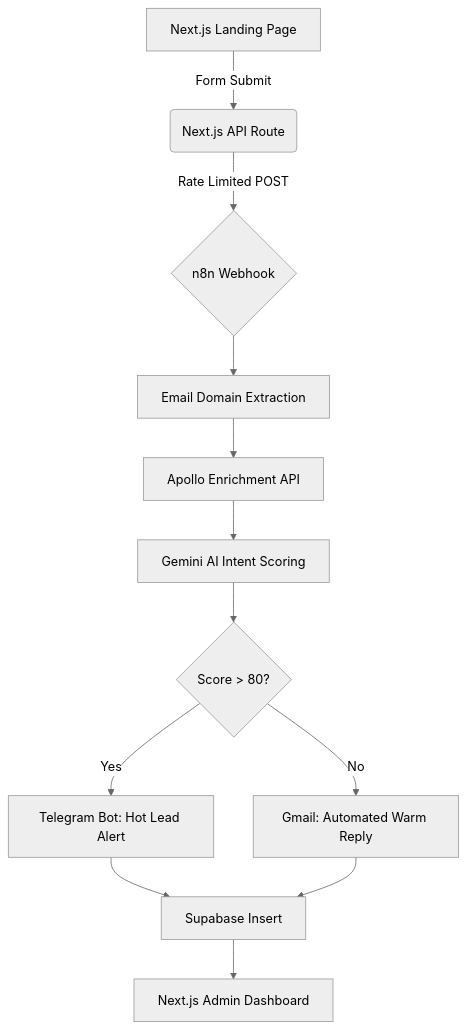
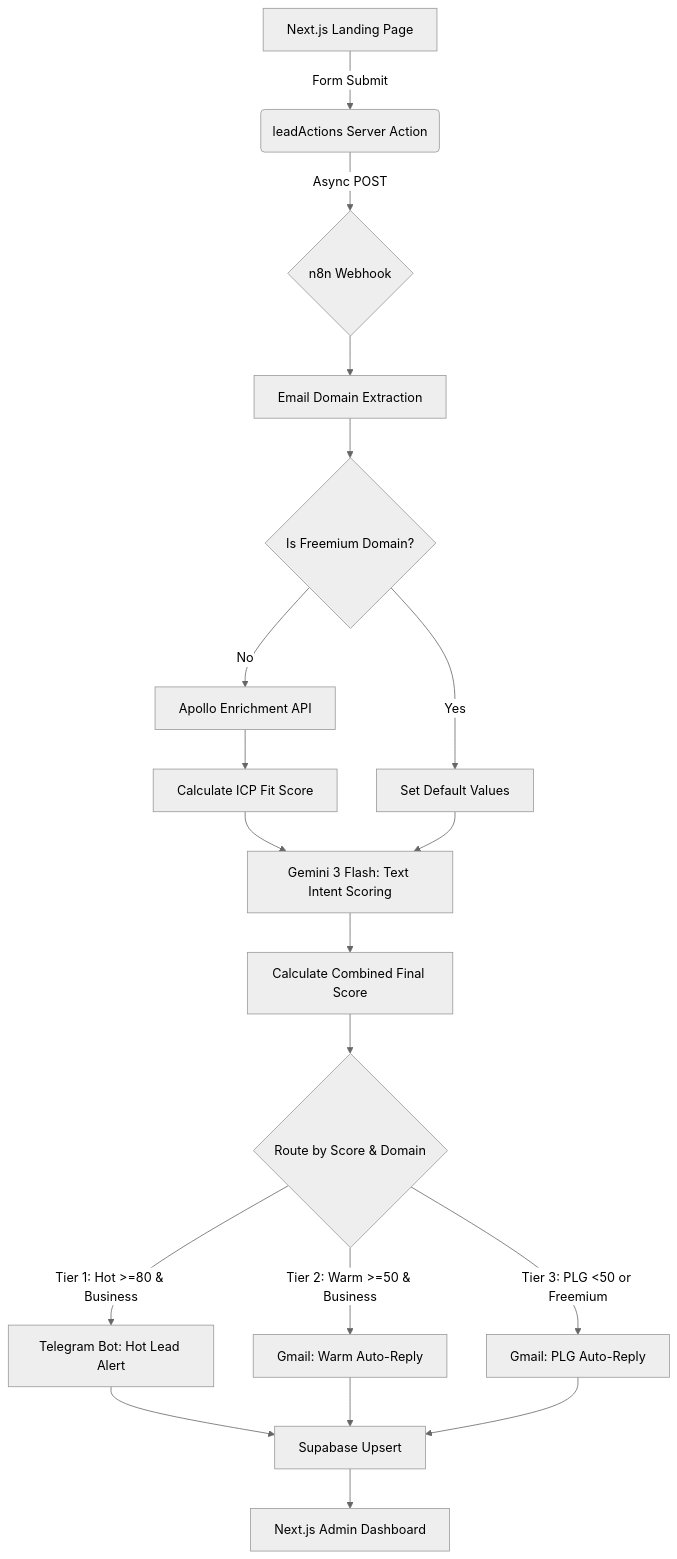
The diagram in README.md (naaivvv/saas-n8n), drawn with Mermaid (neutral theme) before and after one commit. The commit also changed other lines of this file and 8 other files, not shown here.

Commit message:
feat: implement multi-factor intent scoring with Gemini 3, update schema, and add Next.js administrative dashboard

````diff
--- a/README.md
+++ b/README.md
@@ -10,19 +10,28 @@
 ```mermaid
 graph TD
-    A[Next.js Landing Page] -->|Form Submit| B(Next.js API Route)
-    B -->|Rate Limited POST| C{n8n Webhook}
+    A[Next.js Landing Page] -->|Form Submit| B(leadActions Server Action)
+    B -->|Async POST| C{n8n Webhook}
     
     C --> D[Email Domain Extraction]
-    D --> E[Apollo Enrichment API]
-    E --> F[Gemini AI Intent Scoring]
+    D --> D1{Is Freemium Domain?}
     
-    F --> G{Score > 80?}
+    D1 -- No --> E[Apollo Enrichment API]
+    E --> E1[Calculate ICP Fit Score]
+    E1 --> F
     
-    G -- Yes --> H[Telegram Bot: Hot Lead Alert]
-    G -- No --> I[Gmail: Automated Warm Reply]
+    D1 -- Yes --> D2[Set Default Values]
+    D2 --> F[Gemini 3 Flash: Text Intent Scoring]
     
-    H --> J[Supabase Insert]
+    F --> F1[Calculate Combined Final Score]
+    F1 --> G{Route by Score & Domain}
+    
+    G -- Tier 1: Hot >=80 & Business --> H[Telegram Bot: Hot Lead Alert]
+    G -- Tier 2: Warm >=50 & Business --> I[Gmail: Warm Auto-Reply]
+    G -- Tier 3: PLG <50 or Freemium --> I2[Gmail: PLG Auto-Reply]
+    
+    H --> J[Supabase Upsert]
     I --> J
+    I2 --> J
     
     J --> K[Next.js Admin Dashboard]
 ```
````
